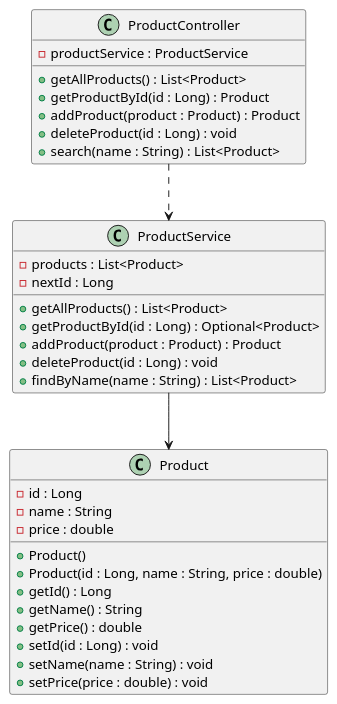
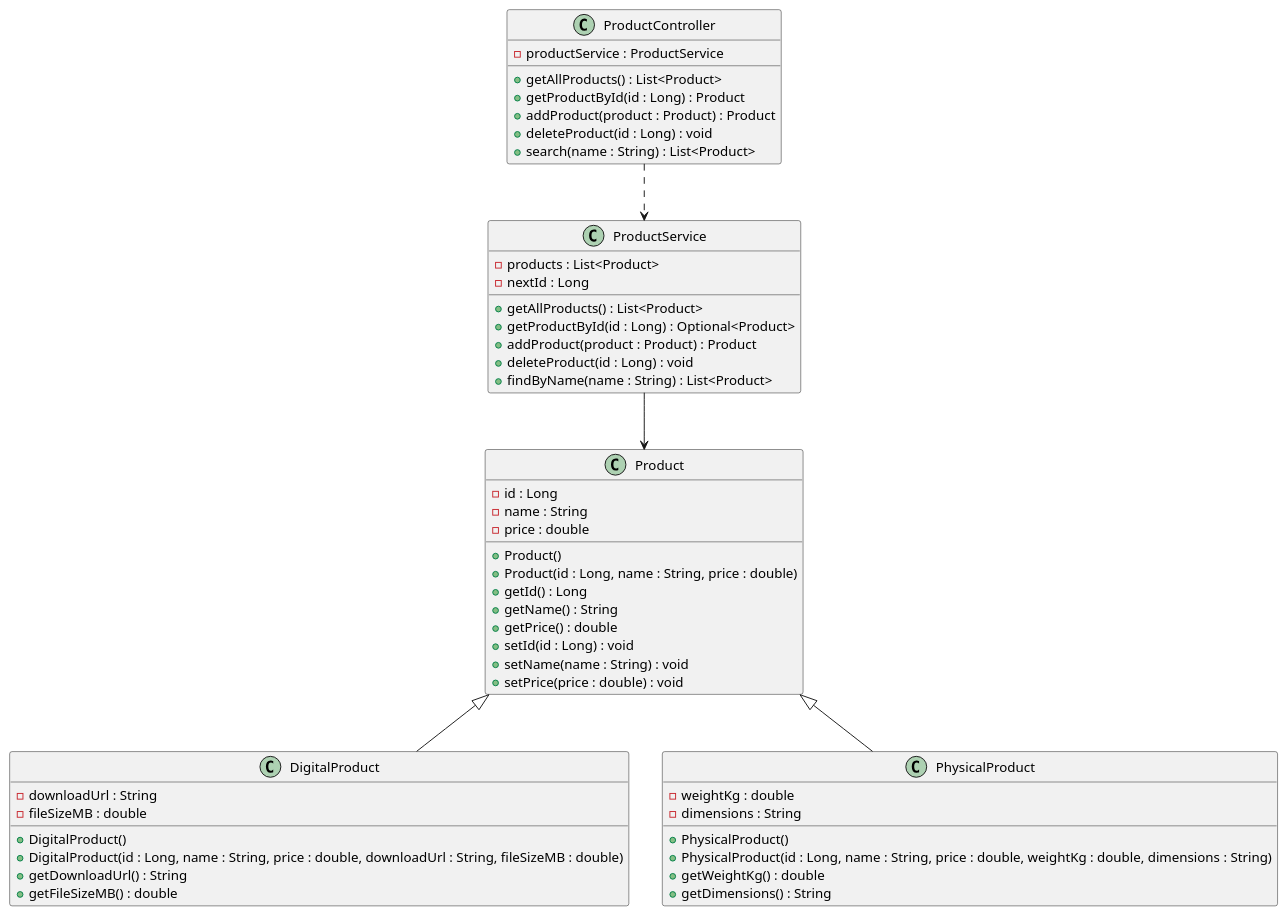
The diagram in docs/uml/Product.puml (DNathanDND/products-api), drawn with PlantUML before and after one commit. The commit also changed 6 other files, not shown here.

```diff
--- a/docs/uml/Product.puml
+++ b/docs/uml/Product.puml
@@ -1,39 +1,59 @@
 @startuml
 
 class Product {
   - id : Long
   - name : String
   - price : double
   + Product()
   + Product(id : Long, name : String, price : double)
   + getId() : Long
   + getName() : String
   + getPrice() : double
   + setId(id : Long) : void
   + setName(name : String) : void
   + setPrice(price : double) : void
+}
+
+class DigitalProduct {
+  - downloadUrl : String
+  - fileSizeMB : double
+  + DigitalProduct()
+  + DigitalProduct(id : Long, name : String, price : double, downloadUrl : String, fileSizeMB : double)
+  + getDownloadUrl() : String
+  + getFileSizeMB() : double
+}
+
+class PhysicalProduct {
+  - weightKg : double
+  - dimensions : String
+  + PhysicalProduct()
+  + PhysicalProduct(id : Long, name : String, price : double, weightKg : double, dimensions : String)
+  + getWeightKg() : double
+  + getDimensions() : String
 }
 
 class ProductService {
   - products : List<Product>
   - nextId : Long
   + getAllProducts() : List<Product>
   + getProductById(id : Long) : Optional<Product>
   + addProduct(product : Product) : Product
   + deleteProduct(id : Long) : void
   + findByName(name : String) : List<Product>
 }
 
 class ProductController {
   - productService : ProductService
   + getAllProducts() : List<Product>
   + getProductById(id : Long) : Product
   + addProduct(product : Product) : Product
   + deleteProduct(id : Long) : void
   + search(name : String) : List<Product>
 }
 
+Product <|-- DigitalProduct
+Product <|-- PhysicalProduct
 ProductController ..> ProductService
 ProductService --> Product
 
 @enduml
```
